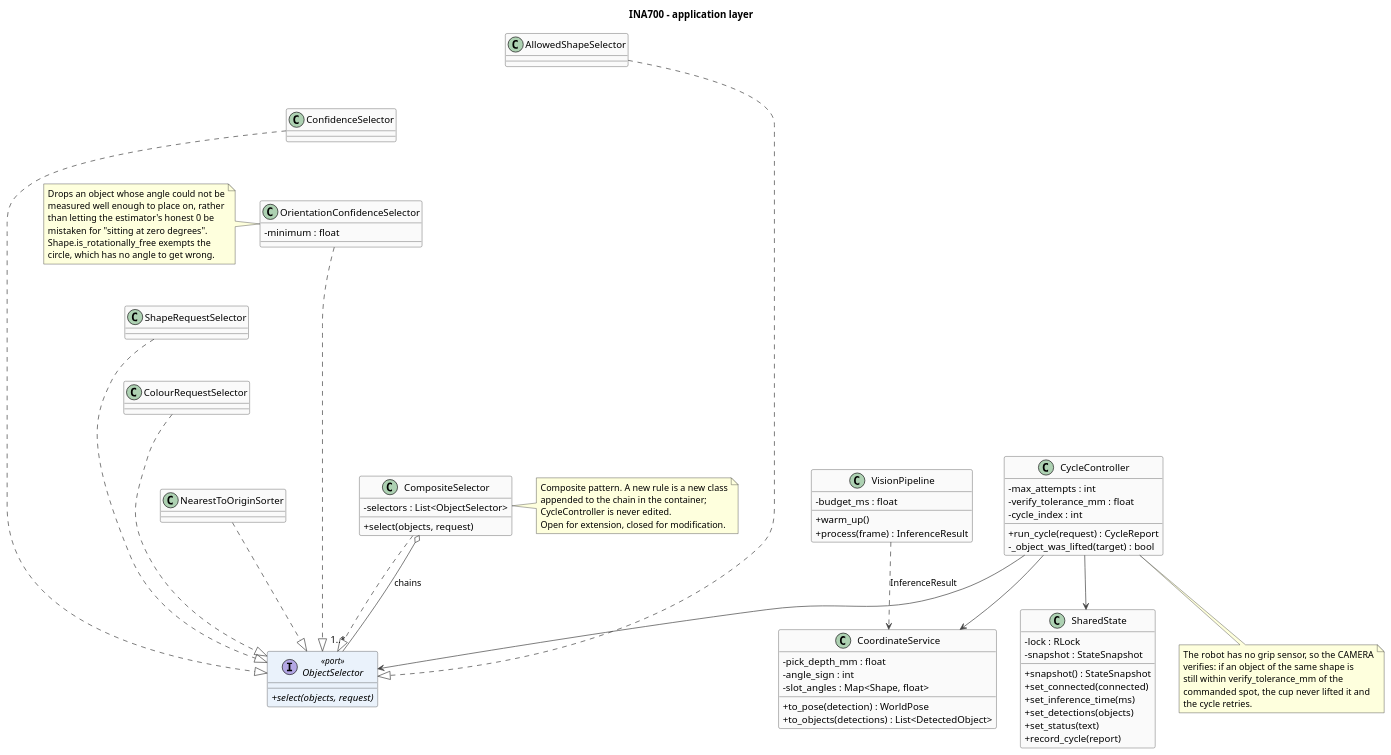
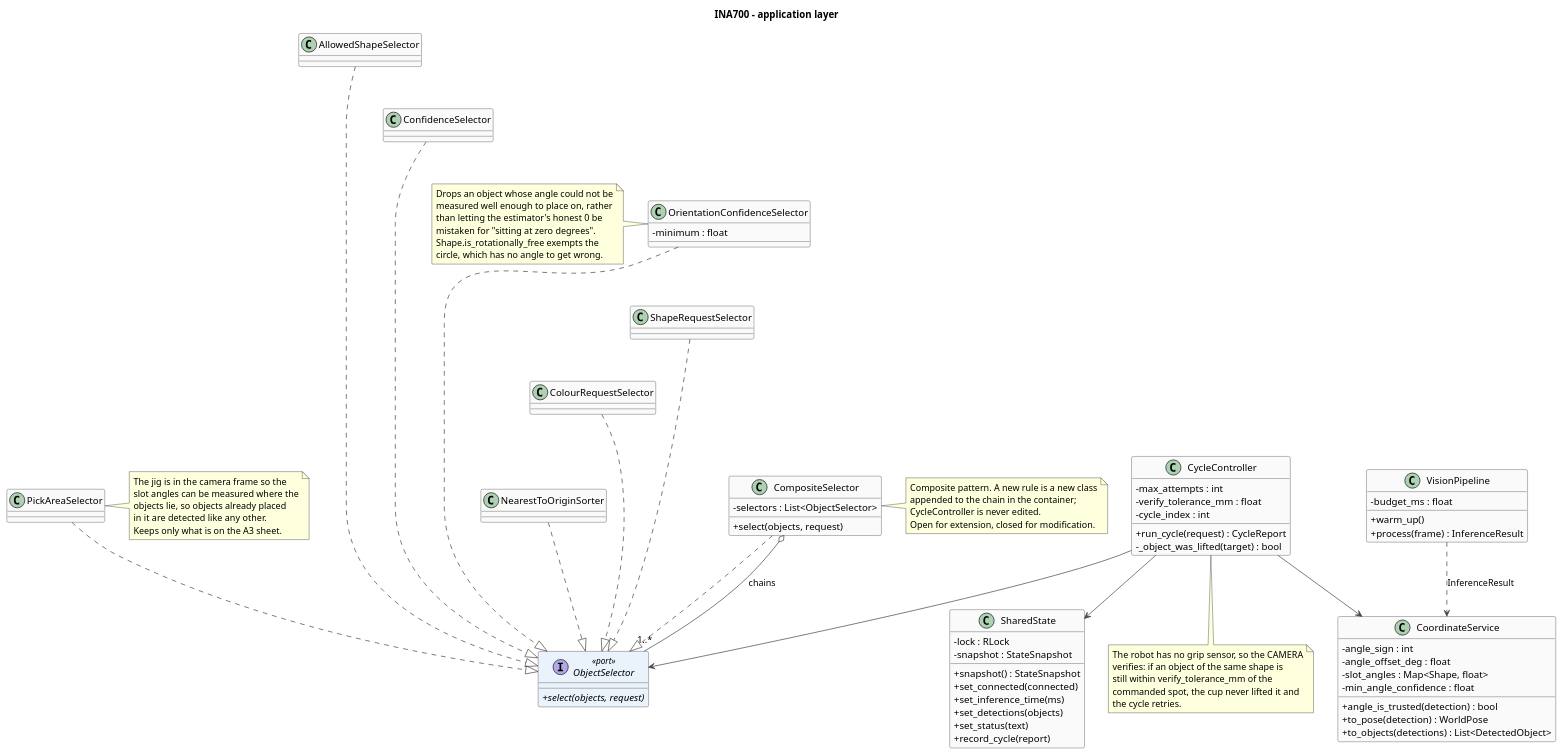
Before and after one commit to suka1901/project_industrial_automation: the diagram in docs/uml/05-application.puml, drawn with PlantUML. The commit also changed 5 other files, not shown here.

First line of the commit message:
config: remove pick_depth_mm, which was never transmitted

```diff
--- a/docs/uml/05-application.puml
+++ b/docs/uml/05-application.puml
@@ -1,116 +1,128 @@
 @startuml INA700_application
 ' INA700 - application layer
 ' Author: Suraj Karki
 ' Course: INA700 - AI-based pick and place
 '
 ' The use cases. They orchestrate the ports and hold no I/O of their own.
 
 title INA700 - application layer
 
 skinparam backgroundColor #FFFFFF
 skinparam shadowing false
 skinparam classAttributeIconSize 0
 skinparam ArrowColor #444444
 skinparam class {
   BorderColor #333333
   BackgroundColor #FAFAFA
   BackgroundColor<<port>> #EAF2FB
 }
 
 class VisionPipeline {
   -budget_ms : float
   +warm_up()
   +process(frame) : InferenceResult
 }
 
 class CoordinateService {
-  -pick_depth_mm : float
   -angle_sign : int
+  -angle_offset_deg : float
   -slot_angles : Map<Shape, float>
+  -min_angle_confidence : float
+  +angle_is_trusted(detection) : bool
   +to_pose(detection) : WorldPose
   +to_objects(detections) : List<DetectedObject>
 }
 
 class CycleController {
   -max_attempts : int
   -verify_tolerance_mm : float
   -cycle_index : int
   +run_cycle(request) : CycleReport
   -_object_was_lifted(target) : bool
 }
 
 class SharedState {
   -lock : RLock
   -snapshot : StateSnapshot
   +snapshot() : StateSnapshot
   +set_connected(connected)
   +set_inference_time(ms)
   +set_detections(objects)
   +set_status(text)
   +record_cycle(report)
 }
 
 interface ObjectSelector <<port>> {
   +{abstract} select(objects, request)
 }
 
 class AllowedShapeSelector
+class PickAreaSelector
 class ShapeRequestSelector
 class ColourRequestSelector
 class ConfidenceSelector
 class OrientationConfidenceSelector {
   -minimum : float
 }
 class NearestToOriginSorter
 class CompositeSelector {
   -selectors : List<ObjectSelector>
   +select(objects, request)
 }
 
 AllowedShapeSelector ..|> ObjectSelector
+PickAreaSelector ..|> ObjectSelector
 ShapeRequestSelector ..|> ObjectSelector
 ColourRequestSelector ..|> ObjectSelector
 ConfidenceSelector ..|> ObjectSelector
 OrientationConfidenceSelector ..|> ObjectSelector
 NearestToOriginSorter ..|> ObjectSelector
 CompositeSelector ..|> ObjectSelector
 CompositeSelector o-- "1..*" ObjectSelector : chains
 
 CycleController --> CoordinateService
 CycleController --> ObjectSelector
 CycleController --> SharedState
 VisionPipeline ..> CoordinateService : "InferenceResult"
+
+note right of PickAreaSelector
+  The jig is in the camera frame so the
+  slot angles can be measured where the
+  objects lie, so objects already placed
+  in it are detected like any other.
+  Keeps only what is on the A3 sheet.
+end note
 
 note left of OrientationConfidenceSelector
   Drops an object whose angle could not be
   measured well enough to place on, rather
   than letting the estimator's honest 0 be
   mistaken for "sitting at zero degrees".
   Shape.is_rotationally_free exempts the
   circle, which has no angle to get wrong.
 end note
 
 note right of CompositeSelector
   Composite pattern. A new rule is a new class
   appended to the chain in the container;
   CycleController is never edited.
   Open for extension, closed for modification.
 end note
 
 note bottom of CycleController
   The robot has no grip sensor, so the CAMERA
   verifies: if an object of the same shape is
   still within verify_tolerance_mm of the
   commanded spot, the cup never lifted it and
   the cycle retries.
 end note
 
 ' Hidden edges stack the selector chain into a column; side by side they make
 ' the diagram eight times wider than it is tall.
 AllowedShapeSelector -[hidden]down- ConfidenceSelector
 ConfidenceSelector -[hidden]down- OrientationConfidenceSelector
 OrientationConfidenceSelector -[hidden]down- ShapeRequestSelector
 ShapeRequestSelector -[hidden]down- ColourRequestSelector
 ColourRequestSelector -[hidden]down- NearestToOriginSorter
 
 @enduml
```
